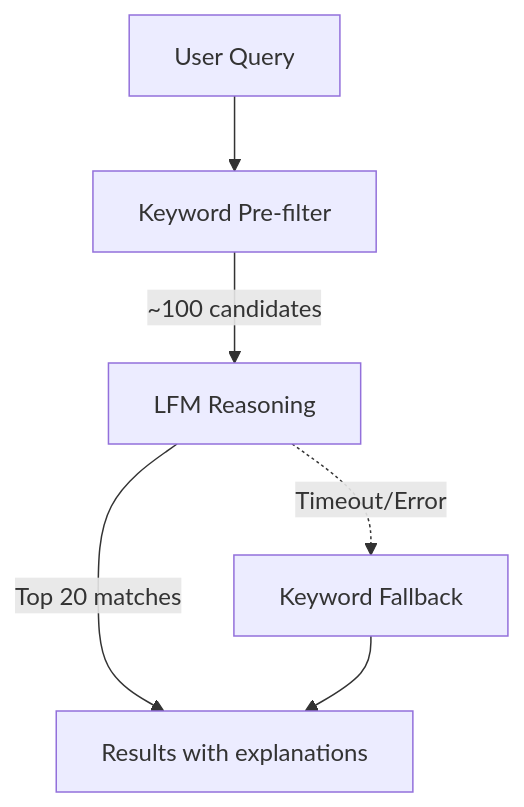
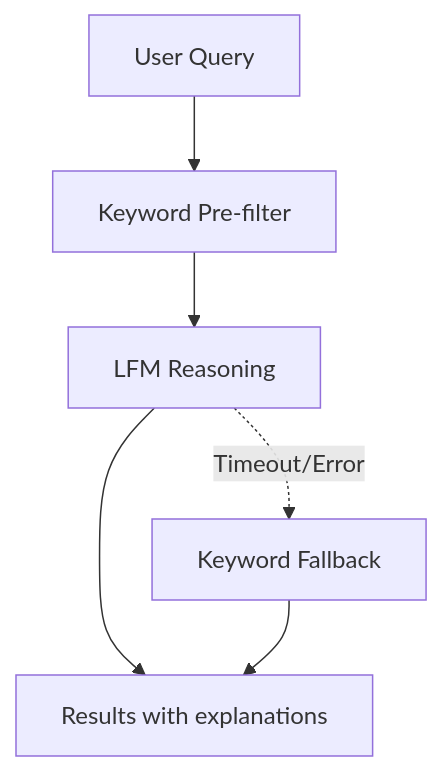
Before and after one commit to chintan-projects/photo-triage-agent: the second of 2 diagrams in README.md, drawn with Mermaid. The commit also changed other lines of this file, not shown here.

````diff
--- a/README.md
+++ b/README.md
@@ -130,8 +130,8 @@
 ```mermaid
 flowchart TD
     A[User Query] --> B[Keyword Pre-filter]
-    B --> |~100 candidates| C[LFM Reasoning]
-    C --> |Top 20 matches| D[Results with explanations]
+    B --> C[LFM Reasoning]
+    C --> D[Results with explanations]
     C -.-> |Timeout/Error| E[Keyword Fallback]
     E --> D
 ```
````
